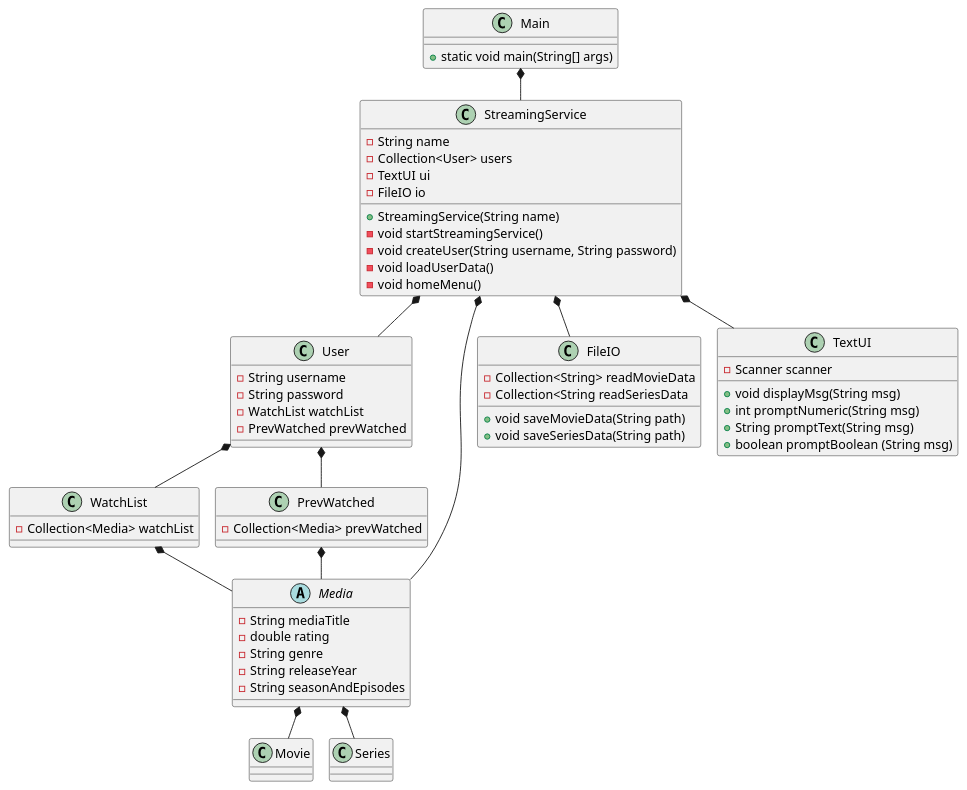
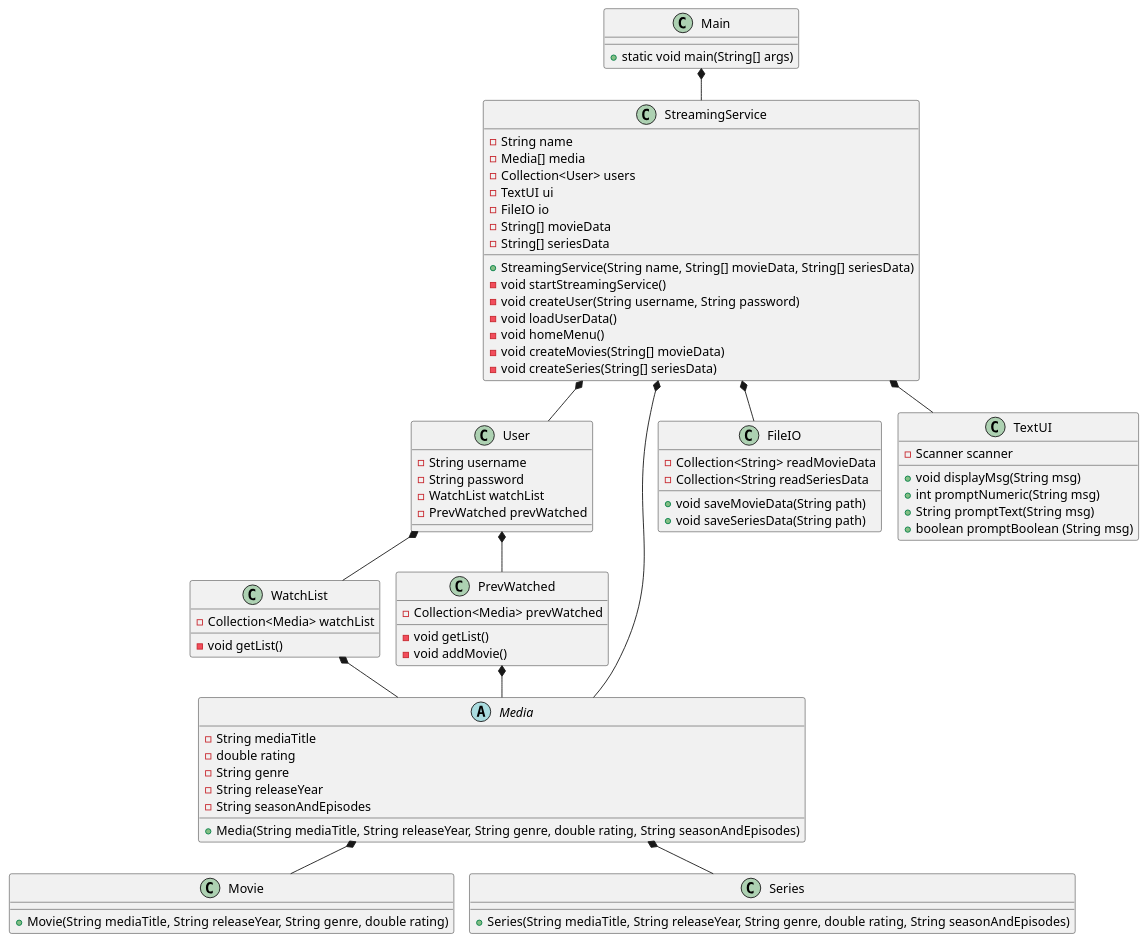
Before and after one commit to EmilDagsberg/SP3: the diagram in doc/classdiagram/classdiagram_v1.puml, drawn with PlantUML.

Commit message:
classdiagram

```diff
--- a/doc/classdiagram/classdiagram_v1.puml
+++ b/doc/classdiagram/classdiagram_v1.puml
@@ -1,79 +1,91 @@
 @startuml
-!pragma layout smetana
-
-
 !pragma layout smetana
 
 class Main {
 + static void main(String[] args)
 }
 
 class StreamingService{
 - String name
+- Media[] media
 - Collection<User> users
 - TextUI ui
 - FileIO io
-+ StreamingService(String name)
+- String[] movieData
+- String[] seriesData
++ StreamingService(String name, String[] movieData, String[] seriesData)
 - void startStreamingService()
 - void createUser(String username, String password)
 - void loadUserData()
 - void homeMenu()
+- void createMovies(String[] movieData)
+- void createSeries(String[] seriesData)
+
 }
 
 class User {
 - String username
 - String password
 - WatchList watchList
 - PrevWatched prevWatched
 
 }
 
 class WatchList{
 - Collection<Media> watchList
+- void getList()
 }
 
 class PrevWatched{
 - Collection<Media> prevWatched
+- void getList()
+- void addMovie()
 }
 
 abstract class Media{
 - String mediaTitle
 - double rating
 - String genre
 - String releaseYear
 - String seasonAndEpisodes
++Media(String mediaTitle, String releaseYear, String genre, double rating, String seasonAndEpisodes)
 }
 
 class Movie{
++ Movie(String mediaTitle, String releaseYear, String genre, double rating)
+'metode der loader liste over film?
+
 }
 
 class Series{
++Series(String mediaTitle, String releaseYear, String genre, double rating, String seasonAndEpisodes)
+'metode der loader liste over serier?
 }
 
 class FileIO {
 - Collection<String> readMovieData
 - Collection<String readSeriesData
 + void saveMovieData(String path)
 + void saveSeriesData(String path)
 }
 
 class TextUI {
 - Scanner scanner
 + void displayMsg(String msg)
 + int promptNumeric(String msg)
 + String promptText(String msg)
 + boolean promptBoolean (String msg)
 }
 
 Main *-- StreamingService
 StreamingService *-- User
 StreamingService *-- FileIO
 StreamingService *-- TextUI
 User *-- WatchList
 User *-- PrevWatched
 Media *-- Movie
 Media *-- Series
 StreamingService *-- Media
 WatchList *-- Media
 PrevWatched *-- Media
 @enduml
```
